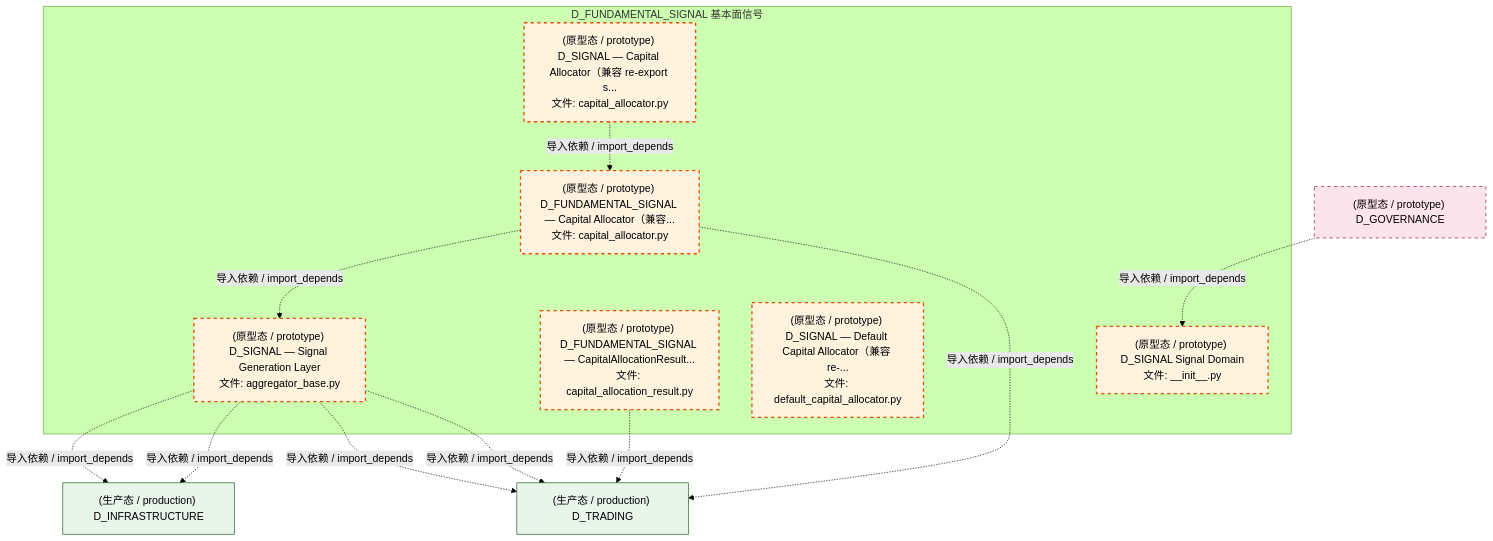
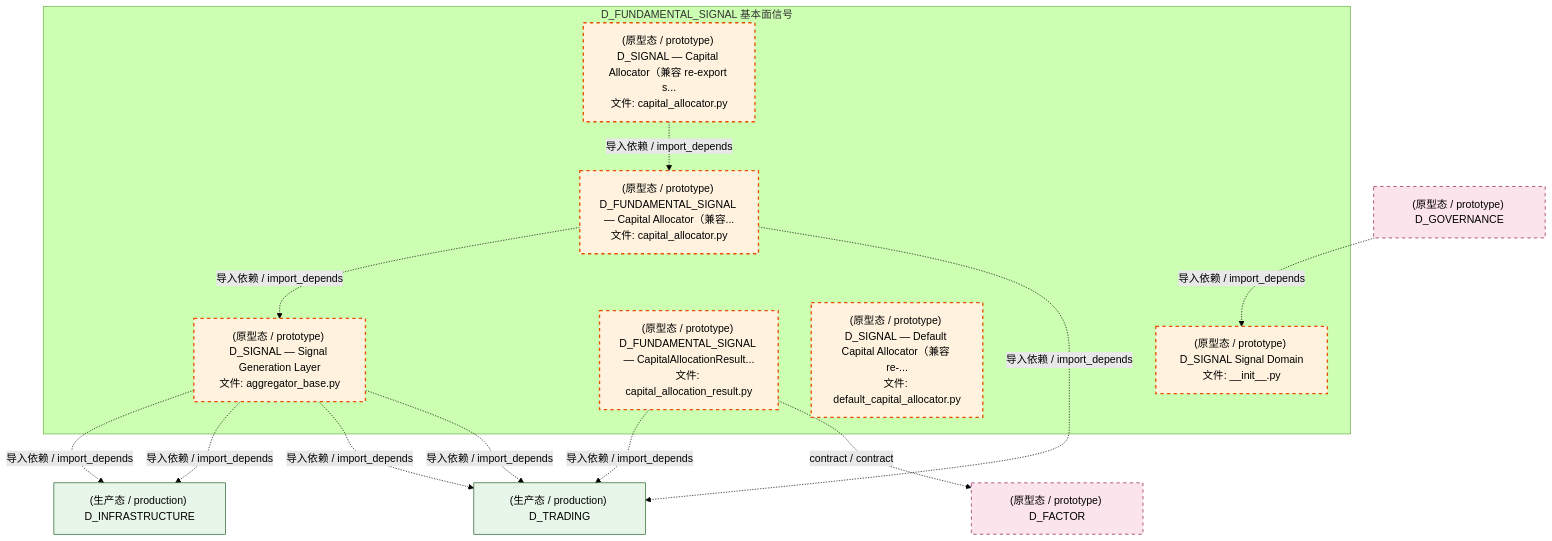
One commit to xuanFelixVan/ZephyrAlpha changed the third of 4 diagrams in docs/02_enterprise_architecture/02_domain_architecture_docs/37_d_fundamental_signal.md. Above: the diagram before and after it, drawn with Mermaid (forest theme). The commit also changed other lines of this file and 99 other files, not shown here.

````diff
--- a/docs/02_enterprise_architecture/02_domain_architecture_docs/37_d_fundamental_signal.md
+++ b/docs/02_enterprise_architecture/02_domain_architecture_docs/37_d_fundamental_signal.md
@@ -171,30 +170,32 @@
 ```mermaid
 graph TD
     subgraph D_FUNDAMENTAL_SIGNAL["D_FUNDAMENTAL_SIGNAL 基本面信号"]
         src_zephyr_signal_fundamental_init_py["(原型态 / prototype) D_SIGNAL Signal Domain<br/>文件: __init__.py"]
         src_zephyr_signal_fundamental_capital_capital_allocation_result_py["(原型态 / prototype) D_FUNDAMENTAL_SIGNAL — CapitalAllocationResult...<br/>文件: capital_allocation_result.py"]
         src_zephyr_signal_fundamental_capital_capital_allocator_py["(原型态 / prototype) D_SIGNAL — Capital Allocator（兼容 re-export s...<br/>文件: capital_allocator.py"]
         src_zephyr_signal_fundamental_capital_default_capital_allocator_py["(原型态 / prototype) D_SIGNAL — Default Capital Allocator（兼容 re-...<br/>文件: default_capital_allocator.py"]
         src_zephyr_signal_fundamental_gen_aggregator_base_py["(原型态 / prototype) D_SIGNAL — Signal Generation Layer<br/>文件: aggregator_base.py"]
         src_zephyr_signal_fundamental_strategy_capital_allocator_py["(原型态 / prototype) D_FUNDAMENTAL_SIGNAL — Capital Allocator（兼容...<br/>文件: capital_allocator.py"]
     end
     src_zephyr_signal_fundamental_capital_capital_allocator_py -.->|导入依赖 / import_depends| src_zephyr_signal_fundamental_strategy_capital_allocator_py
     src_zephyr_signal_fundamental_strategy_capital_allocator_py -.->|导入依赖 / import_depends| src_zephyr_signal_fundamental_gen_aggregator_base_py
     D_TRADING["(生产态 / production) D_TRADING"]
     src_zephyr_signal_fundamental_capital_capital_allocation_result_py -.->|导入依赖 / import_depends| D_TRADING
+    D_FACTOR["(原型态 / prototype) D_FACTOR"]
+    src_zephyr_signal_fundamental_capital_capital_allocation_result_py -.->|contract / contract| D_FACTOR
     D_INFRASTRUCTURE["(生产态 / production) D_INFRASTRUCTURE"]
     src_zephyr_signal_fundamental_gen_aggregator_base_py -.->|导入依赖 / import_depends| D_INFRASTRUCTURE
     src_zephyr_signal_fundamental_gen_aggregator_base_py -.->|导入依赖 / import_depends| D_INFRASTRUCTURE
     src_zephyr_signal_fundamental_gen_aggregator_base_py -.->|导入依赖 / import_depends| D_TRADING
     src_zephyr_signal_fundamental_gen_aggregator_base_py -.->|导入依赖 / import_depends| D_TRADING
     src_zephyr_signal_fundamental_strategy_capital_allocator_py -.->|导入依赖 / import_depends| D_TRADING
     D_GOVERNANCE["(原型态 / prototype) D_GOVERNANCE"]
     D_GOVERNANCE -.->|导入依赖 / import_depends| src_zephyr_signal_fundamental_init_py
     classDef production fill:#e1f5fe,stroke:#01579b,stroke-width:2px,color:#000
     classDef design fill:#fff3e0,stroke:#e65100,stroke-width:2px,color:#000,stroke-dasharray: 5 5
     classDef external_prod fill:#e8f5e9,stroke:#1b5e20,stroke-width:1px,color:#000
     classDef external_design fill:#fce4ec,stroke:#880e4f,stroke-width:1px,color:#000,stroke-dasharray: 5 5
     class src_zephyr_signal_fundamental_init_py,src_zephyr_signal_fundamental_capital_capital_allocation_result_py,src_zephyr_signal_fundamental_capital_capital_allocator_py,src_zephyr_signal_fundamental_capital_default_capital_allocator_py,src_zephyr_signal_fundamental_gen_aggregator_base_py,src_zephyr_signal_fundamental_strategy_capital_allocator_py design
     class D_TRADING,D_INFRASTRUCTURE external_prod
-    class D_GOVERNANCE external_design
+    class D_FACTOR,D_GOVERNANCE external_design
 ```
````
